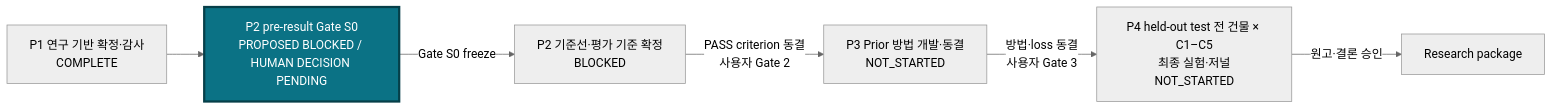
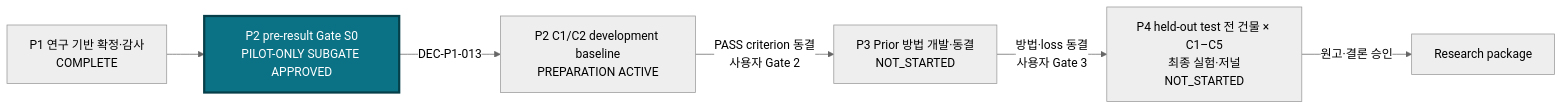
Before and after one commit to hwiyoung/JointBuildGS: the first of 3 diagrams in docs/research/01_MASTER_ROADMAP.md, drawn with Mermaid (neutral theme). The commit also changed other lines of this file and 4 other files, not shown here.

Commit message:
DEC-P1-013: approve C1 C2 development feasibility pilot

````diff
--- a/docs/research/01_MASTER_ROADMAP.md
+++ b/docs/research/01_MASTER_ROADMAP.md
@@ -40,10 +41,10 @@
 ```mermaid
 flowchart LR
-    P1["P1 연구 기반 확정·감사<br/>COMPLETE"] --> S0["P2 pre-result Gate S0<br/>PROPOSED BLOCKED / HUMAN DECISION PENDING"]
-    S0 -->|Gate S0 freeze| P2["P2 기준선·평가 기준 확정<br/>BLOCKED"]
+    P1["P1 연구 기반 확정·감사<br/>COMPLETE"] --> S0["P2 pre-result Gate S0<br/>PILOT-ONLY SUBGATE APPROVED"]
+    S0 -->|DEC-P1-013| P2["P2 C1/C2 development baseline<br/>PREPARATION ACTIVE"]
     P2 -->|PASS criterion 동결<br/>사용자 Gate 2| P3["P3 Prior 방법 개발·동결<br/>NOT_STARTED"]
     P3 -->|방법·loss 동결<br/>사용자 Gate 3| P4["P4 held-out test 전 건물 × C1–C5<br/>최종 실험·저널<br/>NOT_STARTED"]
     P4 -->|원고·결론 승인| END["Research package"]
     classDef active fill:#0b7285,color:#fff,stroke:#063f49,stroke-width:3px;
     class S0 active;
 ```
````
